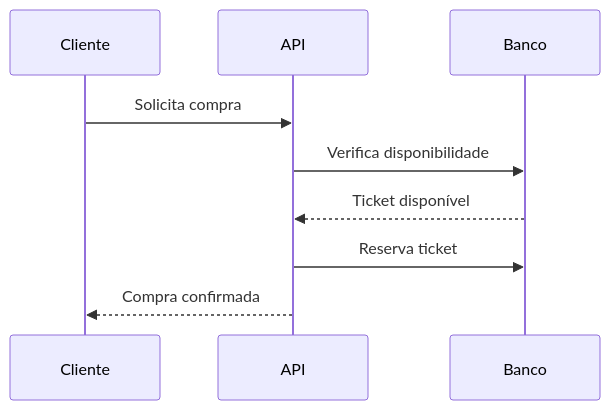
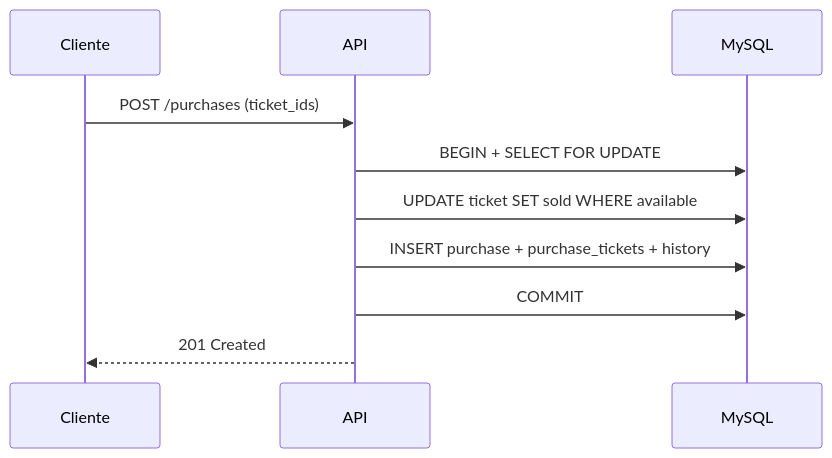
One commit to vivianeaguiarc/ticket-sales changed the diagram in README.md. Above: the diagram before and after it, drawn with Mermaid. The commit also changed other lines of this file and 5 other files, not shown here.

````diff
--- a/README.md
+++ b/README.md
@@ -177,12 +341,13 @@
 ```mermaid
 sequenceDiagram
     participant Cliente
     participant API
-    participant Banco
+    participant MySQL
 
-    Cliente->>API: Solicita compra
-    API->>Banco: Verifica disponibilidade
-    Banco-->>API: Ticket disponível
-    API->>Banco: Reserva ticket
-    API-->>Cliente: Compra confirmada
+    Cliente->>API: POST /purchases (ticket_ids)
+    API->>MySQL: BEGIN + SELECT FOR UPDATE
+    API->>MySQL: UPDATE ticket SET sold WHERE available
+    API->>MySQL: INSERT purchase + purchase_tickets + history
+    API->>MySQL: COMMIT
+    API-->>Cliente: 201 Created
 ```
````
